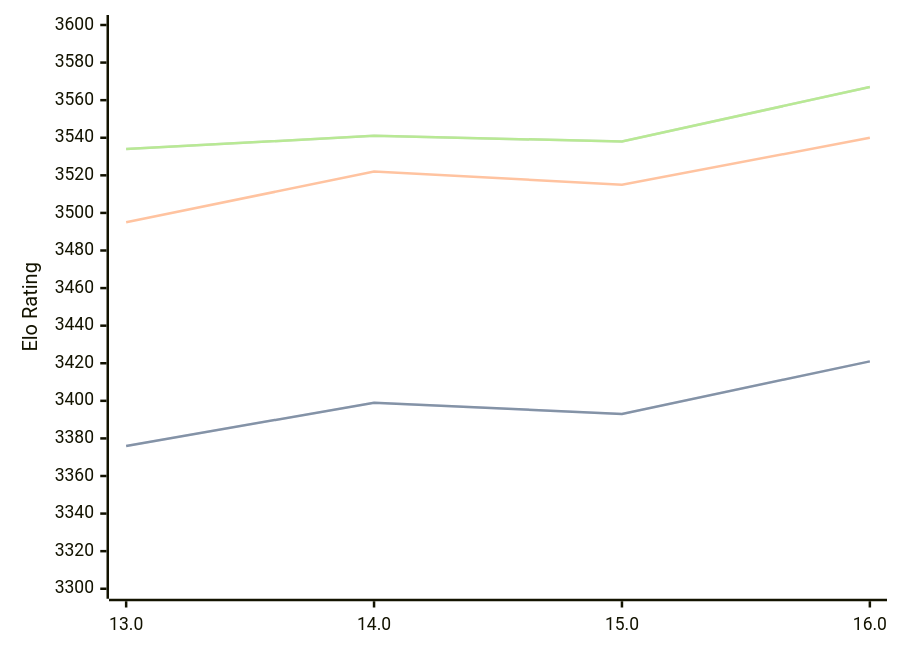
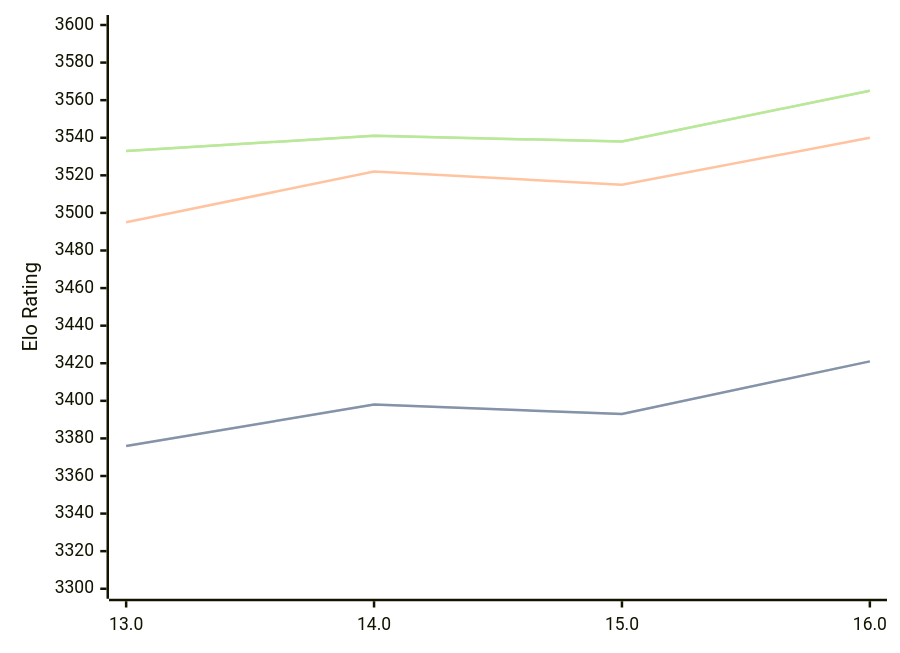
One commit to computer-chess-index/cci changed the third of 3 diagrams in engines/Obsidian.md. Above: the diagram before and after it, drawn with Mermaid. The commit also changed other lines of this file, not shown here.

Commit message:
Update CCI Ratings (ELO VLTC) - 2026-06-20

````diff
--- a/engines/Obsidian.md
+++ b/engines/Obsidian.md
@@ -76,11 +76,11 @@
 ```mermaid
 %%{init: {"theme":"base","themeVariables":{"seriesColors:['#a3a3a3','#222221','#faa371']}}}%%
 xychart-beta
   x-axis ["13.0", "14.0", "15.0", "16.0"]
   y-axis "Elo Rating" 3300 --> 3600
-  line "STC (8.0+0.08s)" [3376, 3399, 3393, 3421]
-  line "STC (8.0+0.08s)" [3376, 3399, 3393, 3421]
+  line "STC (8.0+0.08s)" [3376, 3398, 3393, 3421]
+  line "STC (8.0+0.08s)" [3376, 3398, 3393, 3421]
   line "LTC (60.0+0.60s)" [3495, 3522, 3515, 3540]
-  line "VLTC (2m24s+1.12s)" [3534, 3541, 3538, 3567]
-  line "VLTC (2m24s+1.12s)" [3534, 3541, 3538, 3567]
+  line "VLTC (2m24s+1.12s)" [3533, 3541, 3538, 3565]
+  line "VLTC (2m24s+1.12s)" [3533, 3541, 3538, 3565]
 ```
````
